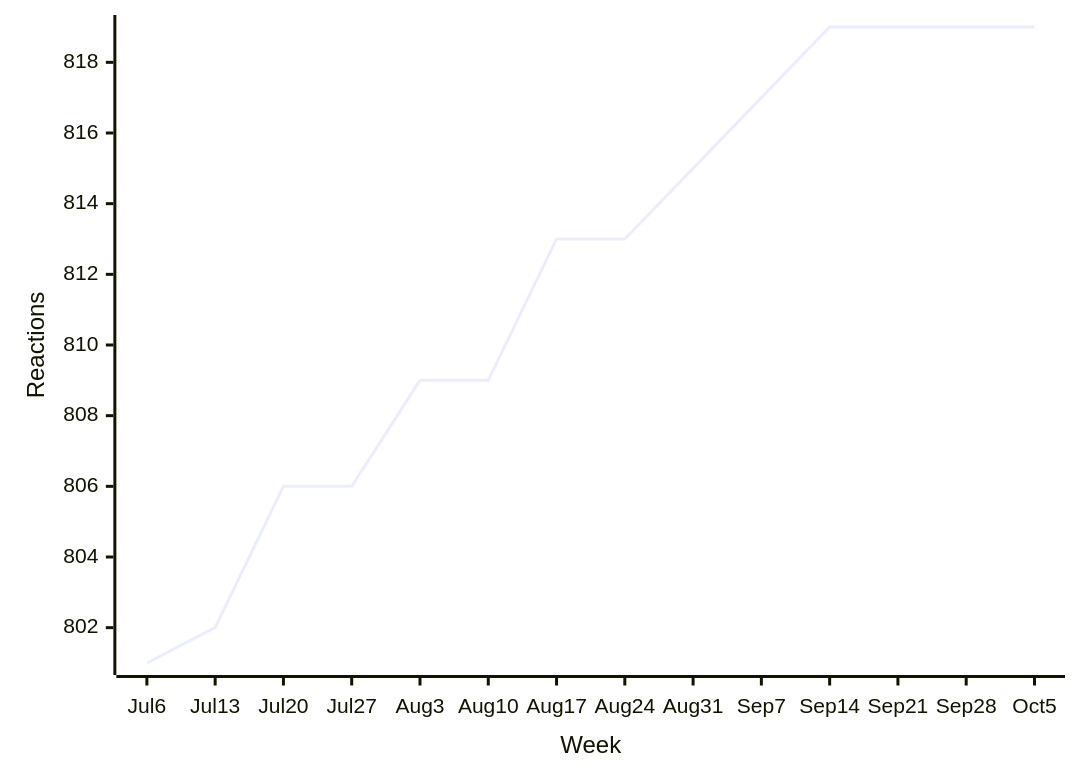
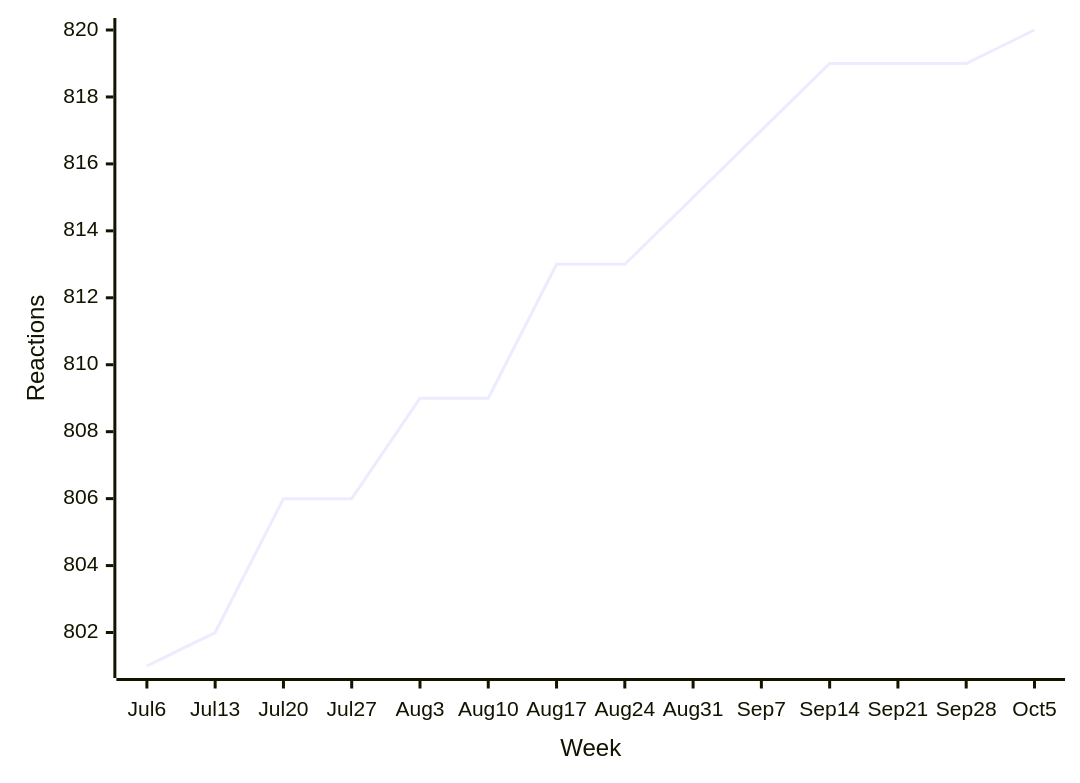
The second of 38 diagrams in README.md (loic-sharma/github-insights), drawn with Mermaid before and after one commit. The commit also changed other lines of this file and 3 other files, not shown here.

````diff
--- a/README.md
+++ b/README.md
@@ -341,6 +341,6 @@
   ```mermaid
   xychart-beta
     x-axis "Week" [Jul 6, Jul 13, Jul 20, Jul 27, Aug 3, Aug 10, Aug 17, Aug 24, Aug 31, Sep 7, Sep 14, Sep 21, Sep 28, Oct 5]
     y-axis "Reactions"
-    line [801, 802, 806, 806, 809, 809, 813, 813, 815, 817, 819, 819, 819, 819]
+    line [801, 802, 806, 806, 809, 809, 813, 813, 815, 817, 819, 819, 819, 820]
   ```
````
